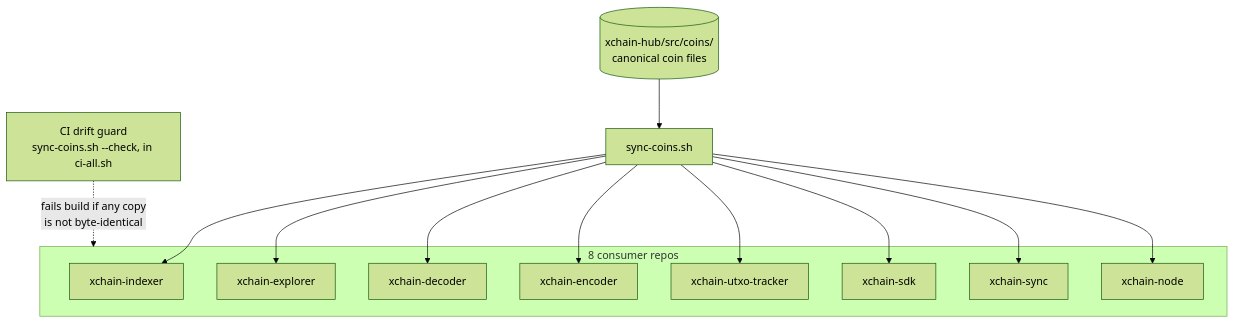
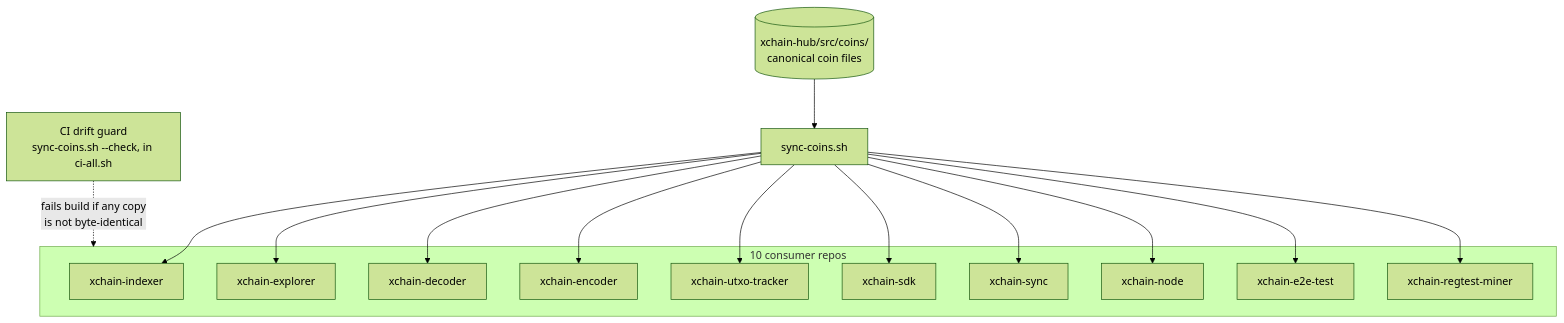
The diagram in developer-guide/adding-a-blockchain.md (XChain-Platform/xchain-documentation), drawn with Mermaid (forest theme) before and after one commit. The commit also changed other lines of this file and 120 other files, not shown here.

````diff
--- a/developer-guide/adding-a-blockchain.md
+++ b/developer-guide/adding-a-blockchain.md
@@ -33,23 +33,27 @@
 ```mermaid
 flowchart TD
     A[("xchain-hub/src/coins/<br>canonical coin files")] --> B["sync-coins.sh"]
-    subgraph Consumers["8 consumer repos"]
+    subgraph Consumers["10 consumer repos"]
         C1["xchain-indexer"]
         C2["xchain-explorer"]
         C3["xchain-decoder"]
         C4["xchain-encoder"]
         C5["xchain-utxo-tracker"]
         C6["xchain-sdk"]
         C7["xchain-sync"]
         C8["xchain-node"]
+        C9["xchain-e2e-test"]
+        C10["xchain-regtest-miner"]
     end
     B --> C1
     B --> C2
     B --> C3
     B --> C4
     B --> C5
     B --> C6
     B --> C7
     B --> C8
+    B --> C9
+    B --> C10
     D["CI drift guard<br>sync-coins.sh --check, in ci-all.sh"] -.->|"fails build if any copy<br>is not byte-identical"| Consumers
 ```
````
